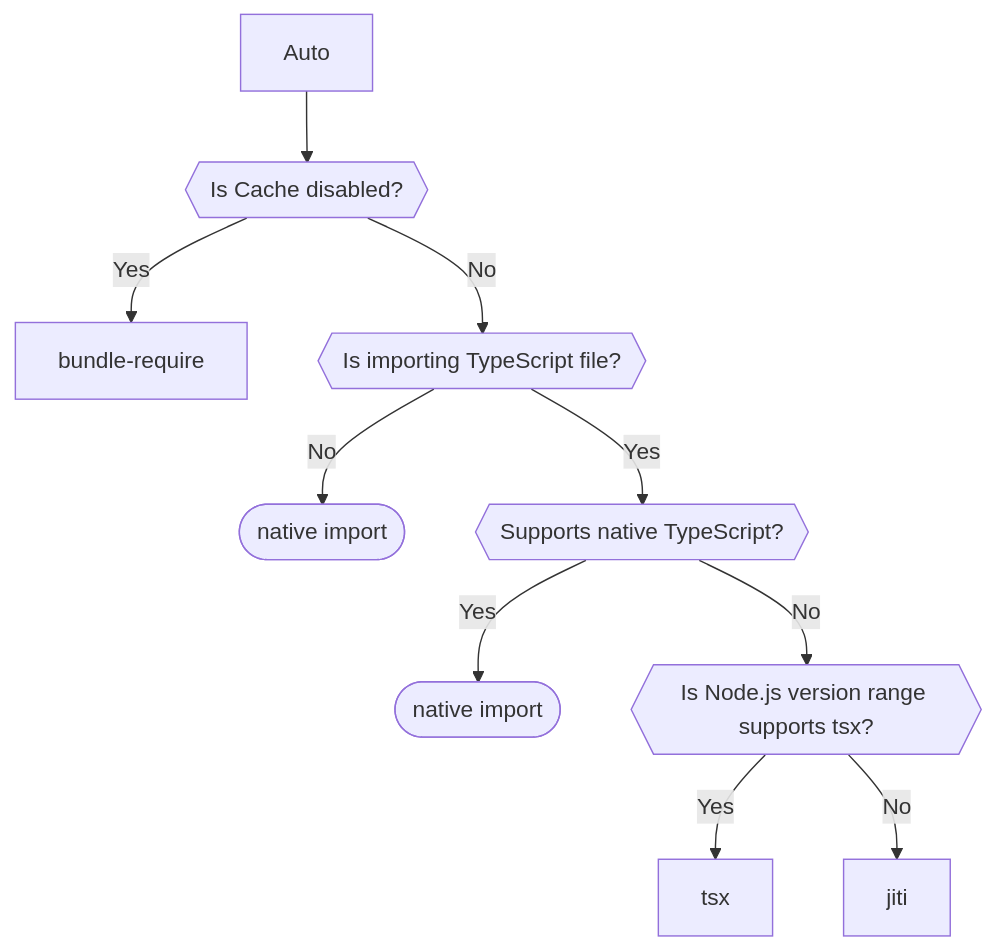
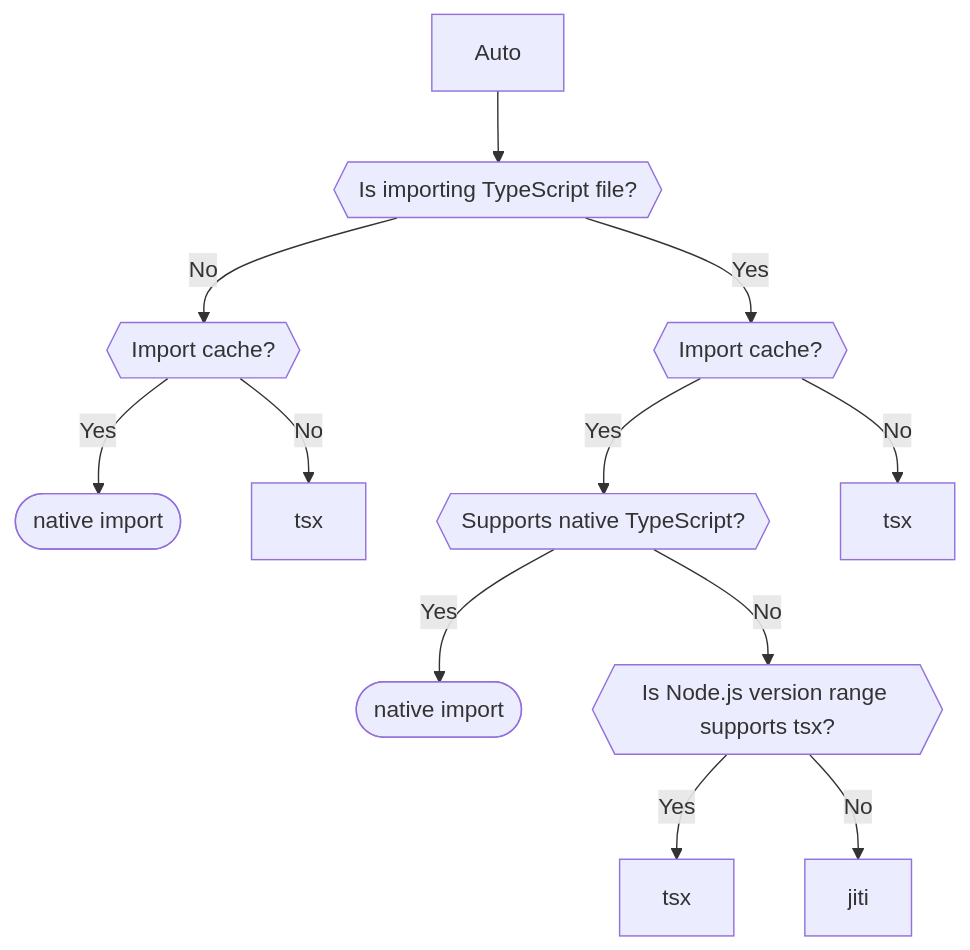
Before and after one commit to antfu-collective/importx: the diagram in README.md, drawn with Mermaid. The commit also changed other lines of this file and 5 other files, not shown here.

````diff
--- a/README.md
+++ b/README.md
@@ -45,12 +47,15 @@
 ```mermaid
 graph TD
-  A[Auto] --> B{{"Is Cache disabled?"}}
-  B --> |Yes| C[bundle-require]
-  B --> |No| IsTS{{"Is importing TypeScript file?"}}
-  IsTS --> |No| Z([native import])
-  IsTS --> |Yes| D{{"Supports native TypeScript?"}}
+  A[Auto] --> IsTS{{"Is importing TypeScript file?"}}
+  IsTS --> |No| Cache{{"Import cache?"}}
+  Cache --> |Yes| B([native import])
+  Cache --> |No| tsx1[tsx]
+
+  IsTS --> |Yes| Cache2{{"Import cache?"}}
+  Cache2 --> |Yes| D{{"Supports native TypeScript?"}}
+  Cache2 --> |No| tsx2[tsx]
   D --> |Yes| E([native import])
   D --> |No| F{{"Is Node.js version range supports tsx?"}}
   F --> |Yes| G[tsx]
   F --> |No| H[jiti]
 ```
````
